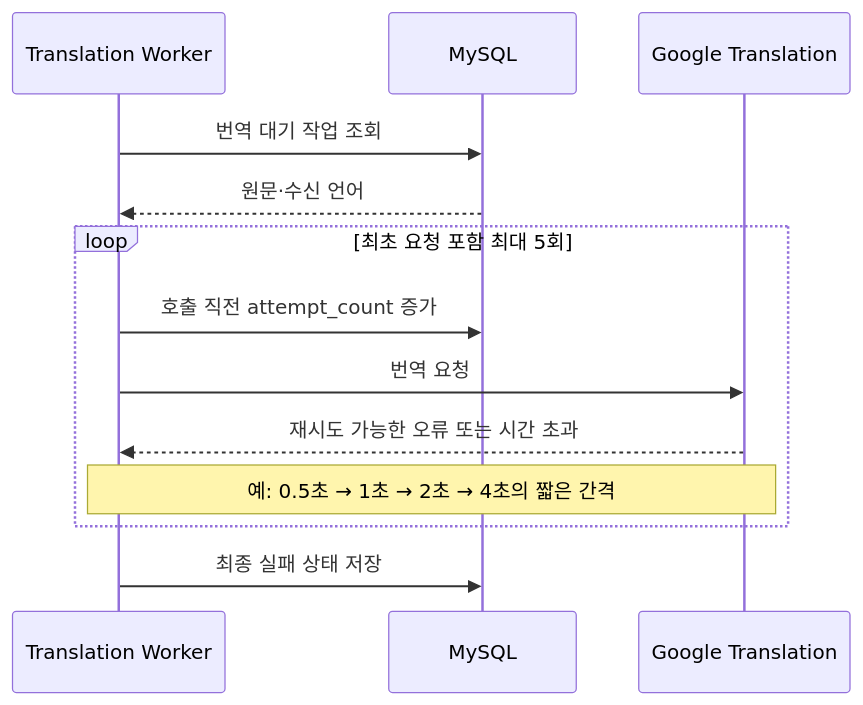
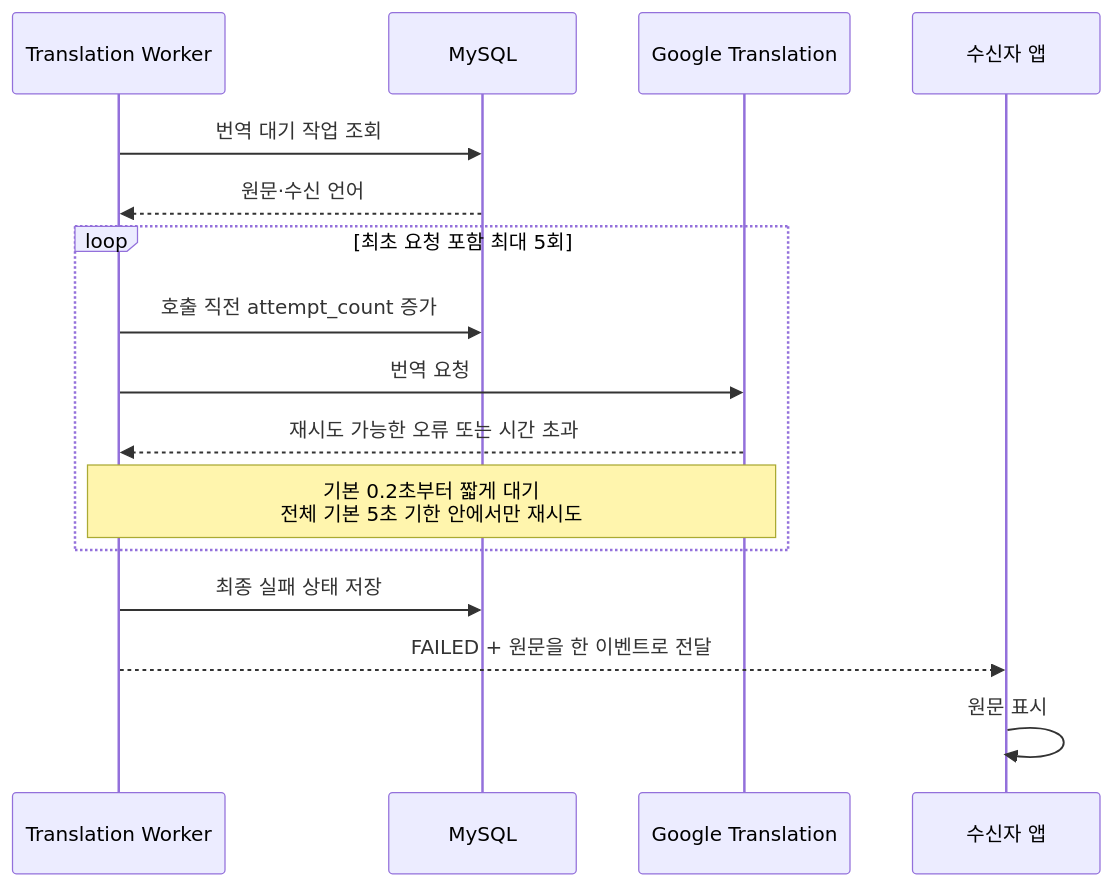
The tenth of 16 diagrams in docs/architecture/chat/05-sequence-diagrams.md (jameskim9509/Kohere-backend), drawn with Mermaid before and after one commit. The commit also changed other lines of this file and 52 other files, not shown here.

````diff
--- a/docs/architecture/chat/05-sequence-diagrams.md
+++ b/docs/architecture/chat/05-sequence-diagrams.md
@@ -264,16 +259,19 @@
 ```mermaid
 sequenceDiagram
     participant WORKER as Translation Worker
     participant DB as MySQL
     participant GOOGLE as Google Translation
+    participant APP as 수신자 앱
 
     WORKER->>DB: 번역 대기 작업 조회
     DB-->>WORKER: 원문·수신 언어
     loop 최초 요청 포함 최대 5회
         WORKER->>DB: 호출 직전 attempt_count 증가
         WORKER->>GOOGLE: 번역 요청
         GOOGLE-->>WORKER: 재시도 가능한 오류 또는 시간 초과
-        Note over WORKER,GOOGLE: 예: 0.5초 → 1초 → 2초 → 4초의 짧은 간격
+        Note over WORKER,GOOGLE: 기본 0.2초부터 짧게 대기<br/>전체 기본 5초 기한 안에서만 재시도
     end
     WORKER->>DB: 최종 실패 상태 저장
+    WORKER-->>APP: FAILED + 원문을 한 이벤트로 전달
+    APP->>APP: 원문 표시
 ```
````
